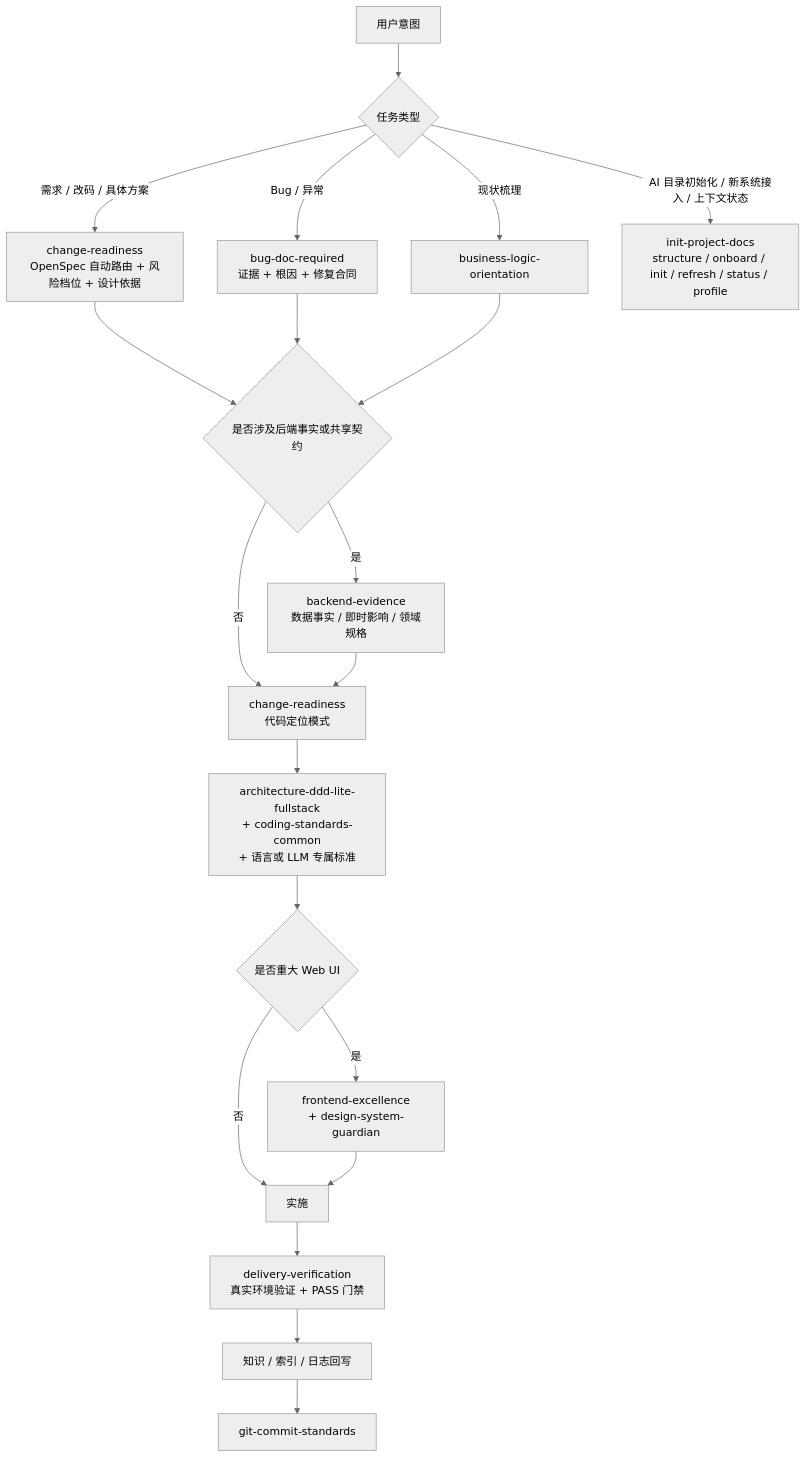
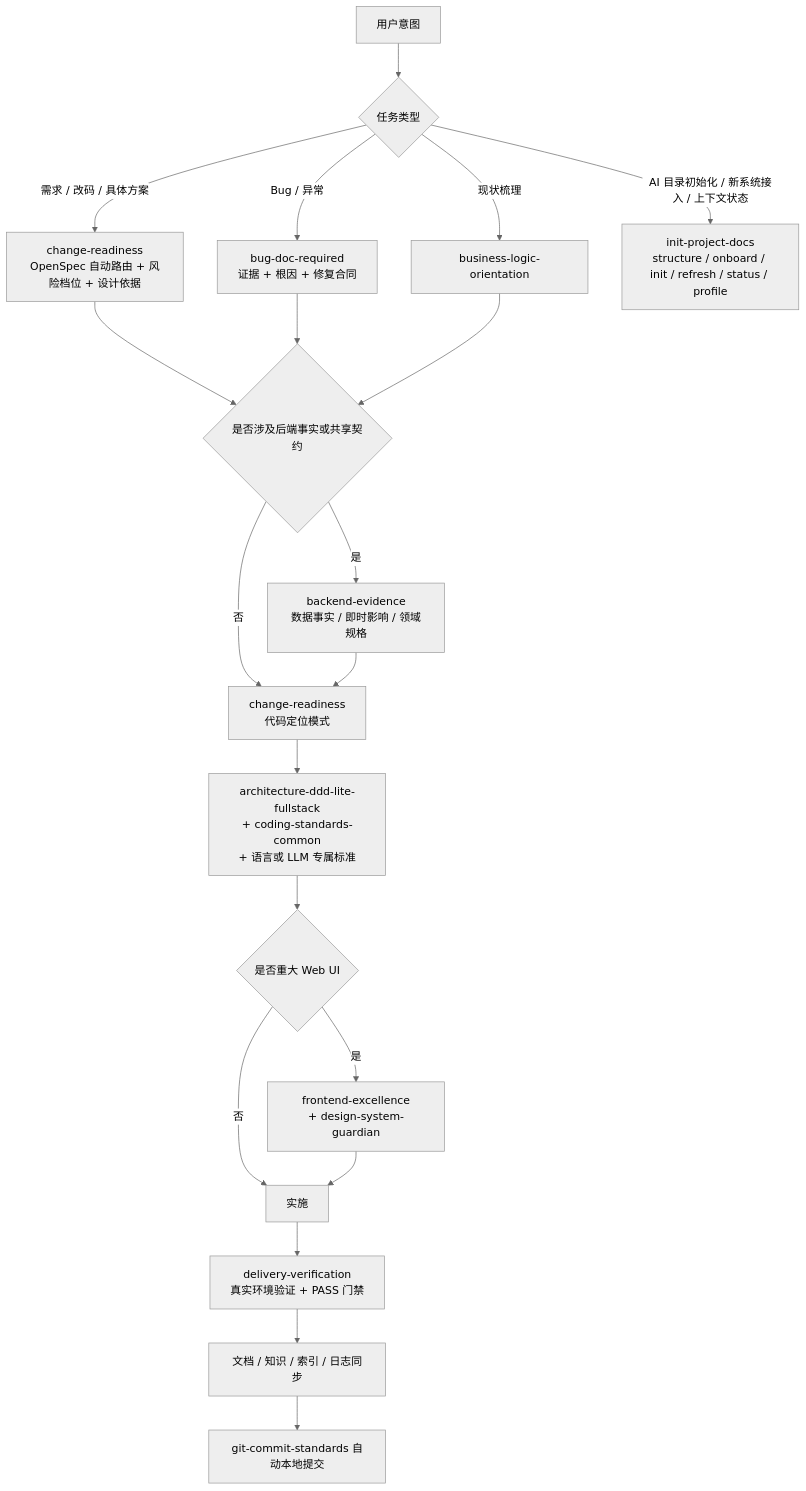
Before and after one commit to exception-coder/team-standards: the diagram in AGENTS.md, drawn with Mermaid (neutral theme). The commit also changed other lines of this file and 16 other files, not shown here.

````diff
--- a/AGENTS.md
+++ b/AGENTS.md
@@ -12,22 +12,22 @@
 ```mermaid
 flowchart TD
     A["用户意图"] --> B{"任务类型"}
     B -->|"需求 / 改码 / 具体方案"| C["change-readiness\nOpenSpec 自动路由 + 风险档位 + 设计依据"]
     B -->|"Bug / 异常"| D["bug-doc-required\n证据 + 根因 + 修复合同"]
     B -->|"现状梳理"| E["business-logic-orientation"]
     B -->|"AI 目录初始化 / 新系统接入 / 上下文状态"| F["init-project-docs\nstructure / onboard / init / refresh / status / profile"]
     C --> G{"是否涉及后端事实或共享契约"}
     D --> G
     E --> G
     G -->|"是"| H["backend-evidence\n数据事实 / 即时影响 / 领域规格"]
     G -->|"否"| I["change-readiness\n代码定位模式"]
     H --> I
     I --> J["architecture-ddd-lite-fullstack\n+ coding-standards-common\n+ 语言或 LLM 专属标准"]
     J --> K{"是否重大 Web UI"}
     K -->|"是"| L["frontend-excellence\n+ design-system-guardian"]
     K -->|"否"| M["实施"]
     L --> M
     M --> V["delivery-verification\n真实环境验证 + PASS 门禁"]
-    V --> N["知识 / 索引 / 日志回写"]
-    N --> O["git-commit-standards"]
+    V --> N["文档 / 知识 / 索引 / 日志同步"]
+    N --> O["git-commit-standards 自动本地提交"]
 ```
````
